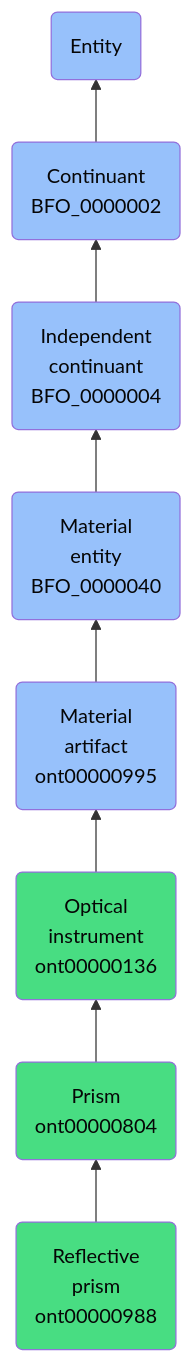
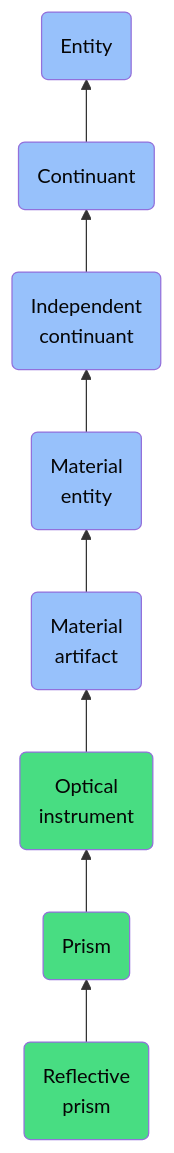
Before and after one commit to jupyter-naas/abi: the diagram in docs/ontology/reference/model/Entity/Continuant/Independent continuant/Material entity/Material artifact/Optical instrument/Prism/Reflective prism/Reflective prism.md, drawn with Mermaid. The commit also changed other lines of this file and 1430 other files, not shown here.

````diff
--- a/docs/ontology/reference/model/Entity/Continuant/Independent continuant/Material entity/Material artifact/Optical instrument/Prism/Reflective prism/Reflective prism.md
+++ b/docs/ontology/reference/model/Entity/Continuant/Independent continuant/Material entity/Material artifact/Optical instrument/Prism/Reflective prism/Reflective prism.md
@@ -24,15 +24,15 @@
 ```mermaid
 graph BT
-    ont00000988(Reflective<br>prism<br>ont00000988):::ABI-->ont00000804
-    ont00000804(Prism<br>ont00000804):::ABI-->ont00000136
-    ont00000136(Optical<br>instrument<br>ont00000136):::ABI-->ont00000995
-    ont00000995(Material<br>artifact<br>ont00000995):::BFO-->BFO_0000040
-    BFO_0000040(Material<br>entity<br>BFO_0000040):::BFO-->BFO_0000004
-    BFO_0000004(Independent<br>continuant<br>BFO_0000004):::BFO-->BFO_0000002
-    BFO_0000002(Continuant<br>BFO_0000002):::BFO-->BFO_0000001
+    ont00000988(Reflective<br>prism):::ABI-->ont00000804
+    ont00000804(Prism):::ABI-->ont00000136
+    ont00000136(Optical<br>instrument):::ABI-->ont00000995
+    ont00000995(Material<br>artifact):::BFO-->BFO_0000040
+    BFO_0000040(Material<br>entity):::BFO-->BFO_0000004
+    BFO_0000004(Independent<br>continuant):::BFO-->BFO_0000002
+    BFO_0000002(Continuant):::BFO-->BFO_0000001
     BFO_0000001(Entity):::BFO
     
     classDef BFO fill:#97c1fb,color:#060606
     classDef CCO fill:#e4c51e,color:#060606
     classDef ABI fill:#48DD82,color:#060606
 ```
````
